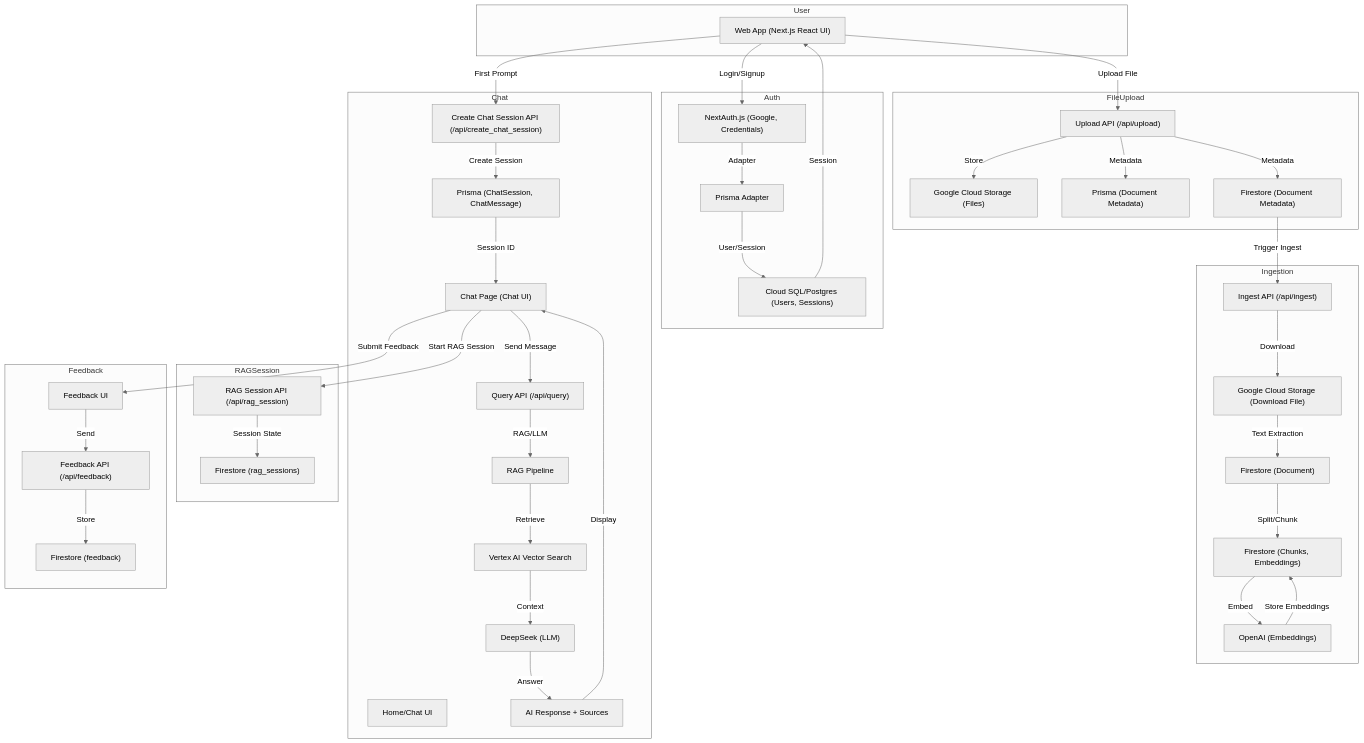
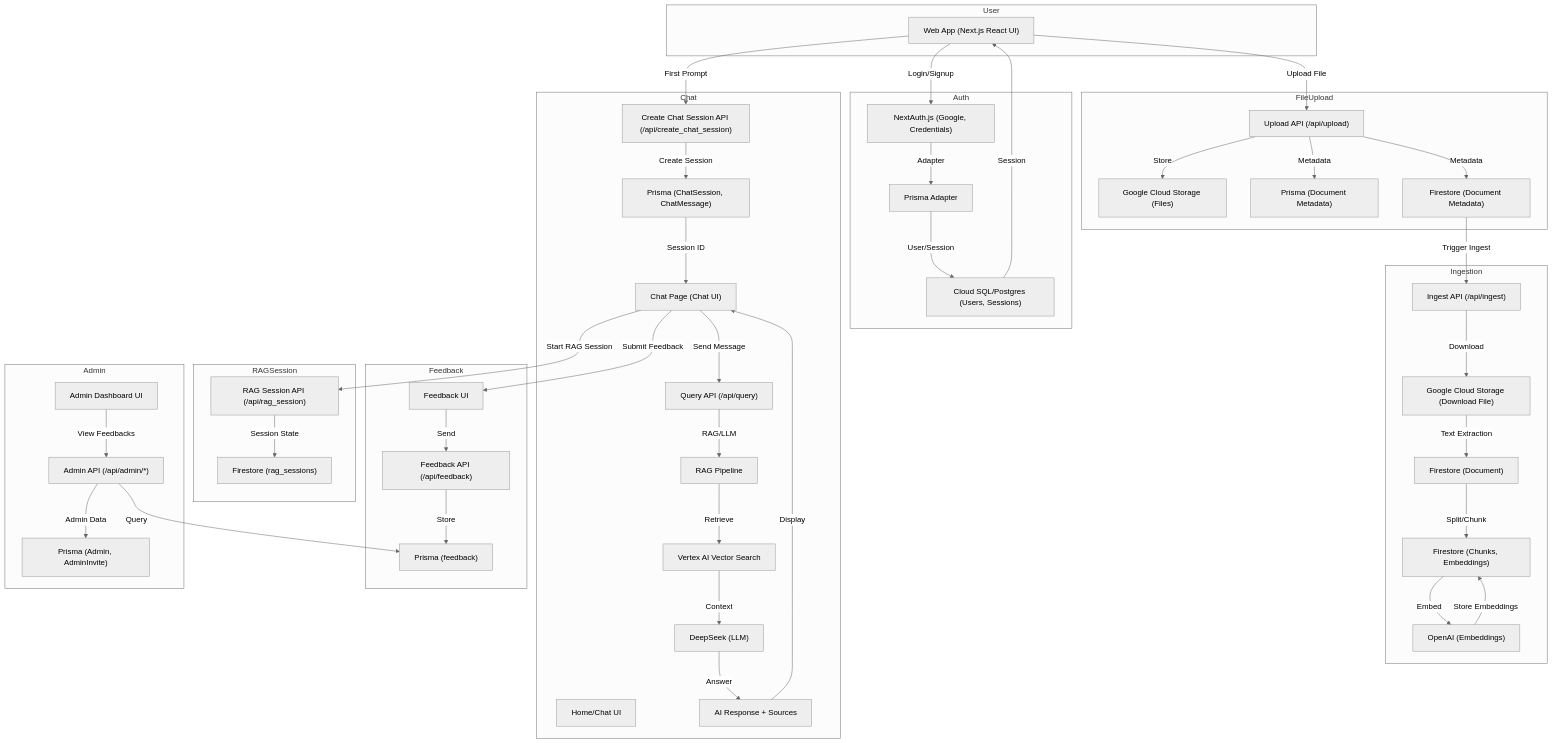
The diagram in Docs/SYSTEM_ARCHITECTURE.md (asvarainnovations/DocBare), drawn with Mermaid (neutral theme) before and after one commit. The commit also changed other lines of this file and 2 other files, not shown here.

Commit message:
Update Docs, and saving before making big changes

````diff
--- a/Docs/SYSTEM_ARCHITECTURE.md
+++ b/Docs/SYSTEM_ARCHITECTURE.md
@@ -47,7 +47,13 @@
   subgraph Feedback
     G1["Feedback UI"]
     G2["Feedback API (/api/feedback)"]
-    G3["Firestore (feedback)"]
+    G3["Prisma (feedback)"]
+  end
+
+  subgraph Admin
+    H1["Admin Dashboard UI"]
+    H2["Admin API (/api/admin/*)"]
+    H3["Prisma (Admin, AdminInvite)"]
   end
 
   %% Auth Flow
@@ -89,4 +95,9 @@
   E4 -- "Submit Feedback" --> G1
   G1 -- "Send" --> G2
   G2 -- "Store" --> G3
+
+  %% Admin
+  H1 -- "View Feedbacks" --> H2
+  H2 -- "Query" --> G3
+  H2 -- "Admin Data" --> H3
 ```
````
